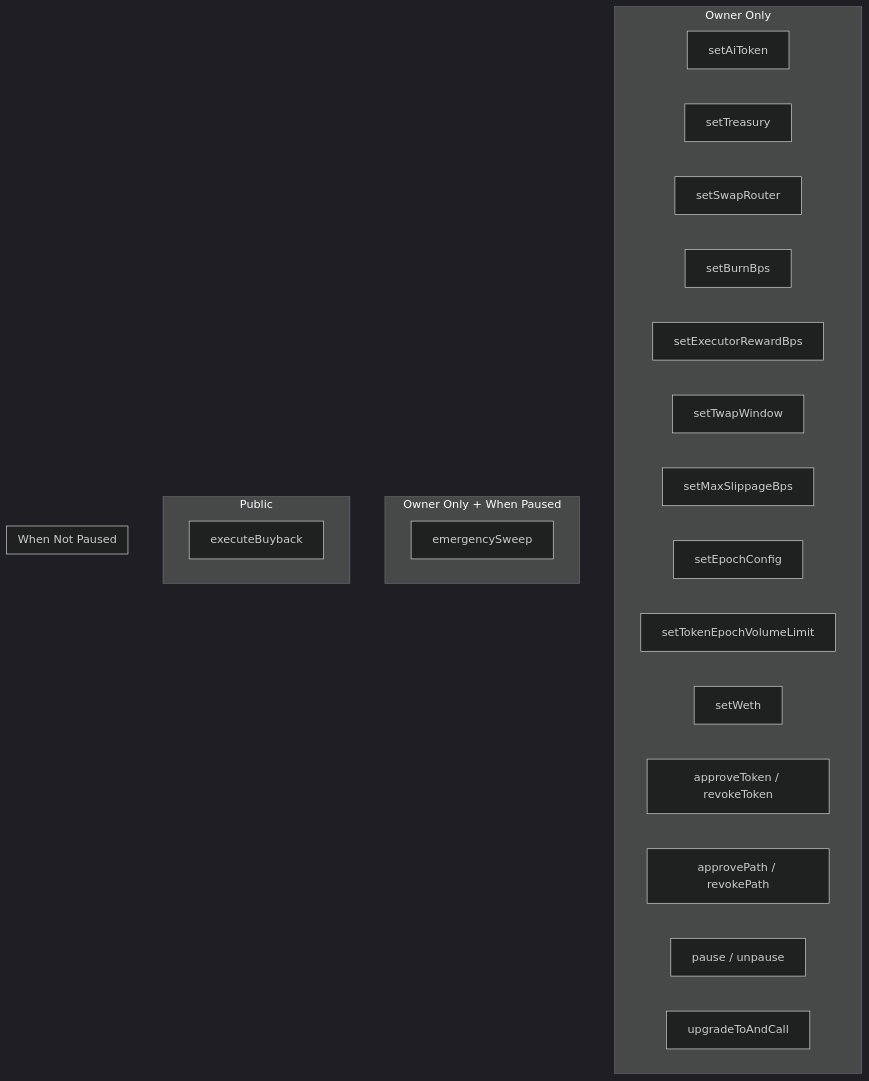
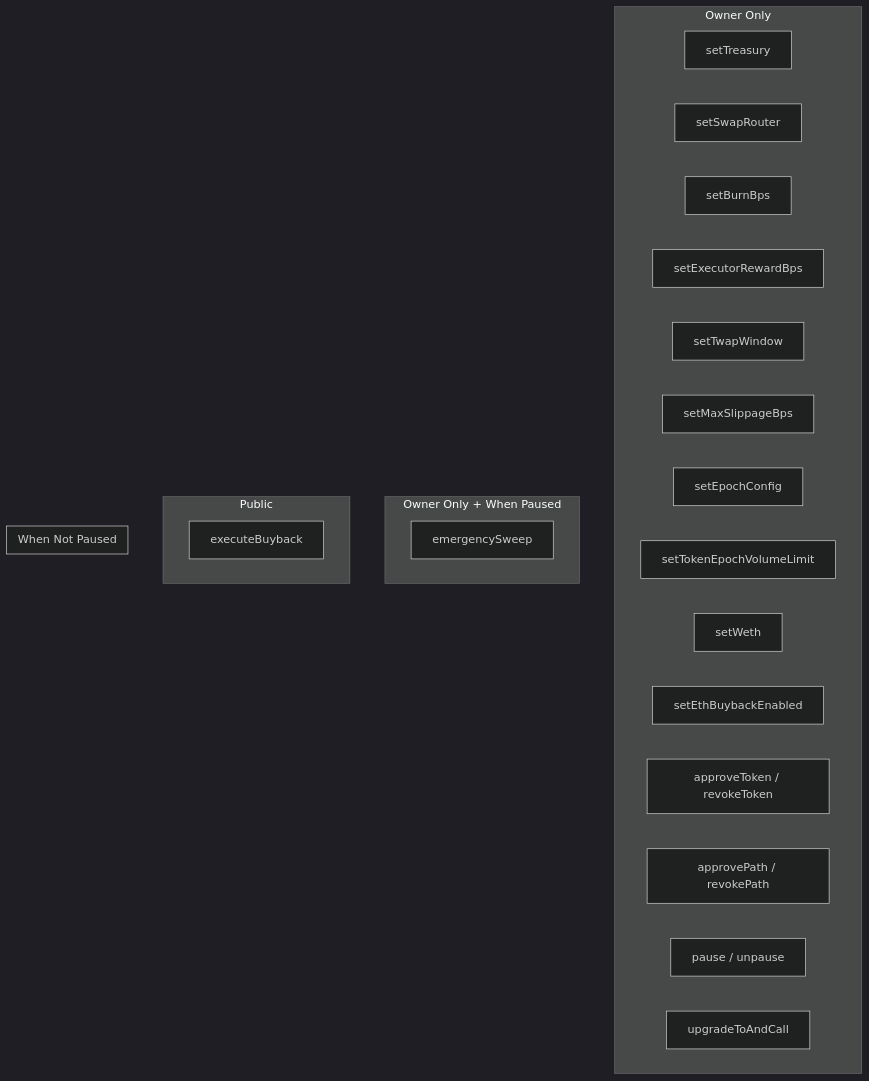
The fifth of 6 diagrams in docs/DESIGN.md (gensyn-network/gensyn-buyback), drawn with Mermaid (dark theme) before and after one commit. The commit also changed other lines of this file and 9 other files, not shown here.

First line of the commit message:
feat: add ethBuybackEnabled flag to control ETH buyback functionality (#37)

````diff
--- a/docs/DESIGN.md
+++ b/docs/DESIGN.md
@@ -150,31 +150,31 @@
 ```mermaid
 graph TD
     subgraph Owner Only
-        A[setAiToken]
         B[setTreasury]
         C[setSwapRouter]
         D[setBurnBps]
         E[setExecutorRewardBps]
         F[setTwapWindow]
         G[setMaxSlippageBps]
         H[setEpochConfig]
         I[setTokenEpochVolumeLimit]
         J[setWeth]
+        J2[setEthBuybackEnabled]
         K[approveToken / revokeToken]
         L[approvePath / revokePath]
         M[pause / unpause]
         O[upgradeToAndCall]
     end
 
     subgraph Owner Only + When Paused
         N[emergencySweep]
     end
 
     subgraph Public
         R[executeBuyback]
     end
 
     subgraph When Not Paused
         R
     end
 ```
````
